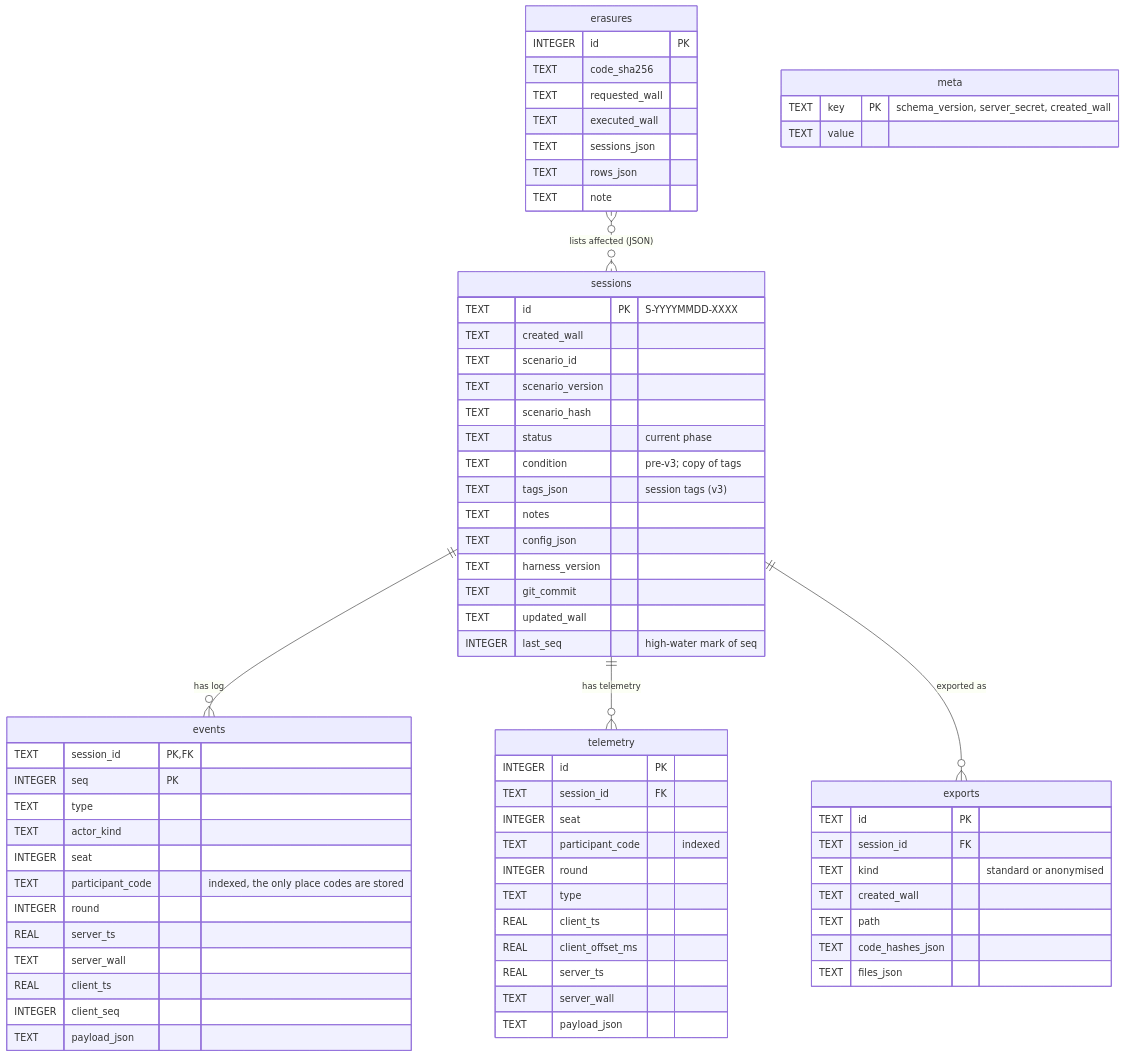
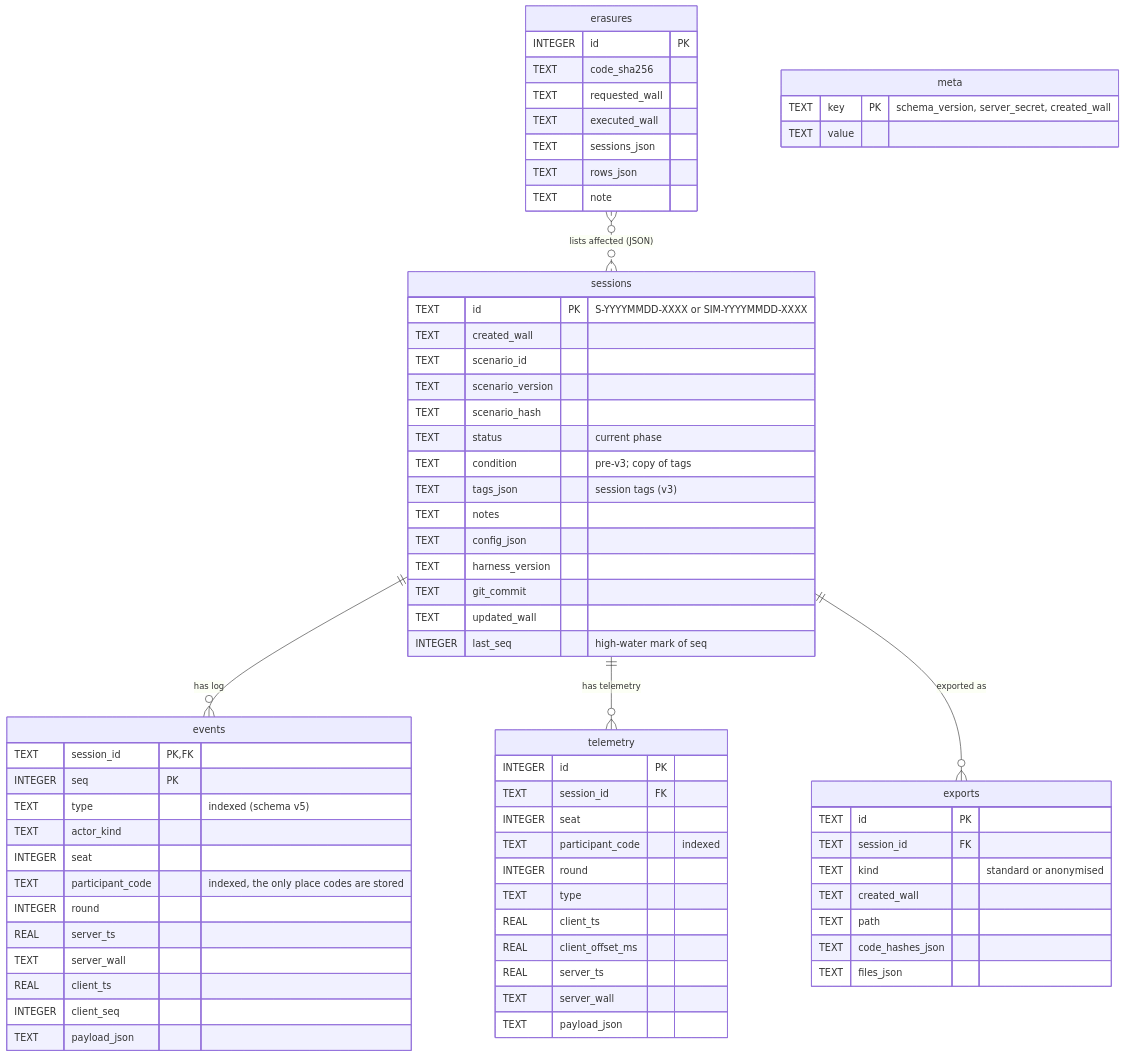
Before and after one commit to xy-zak/WhoKnowsWhoActs: the first of 2 diagrams in docs/DATA-TYPES.md, drawn with Mermaid. The commit also changed other lines of this file and 6 other files, not shown here.

````diff
--- a/docs/DATA-TYPES.md
+++ b/docs/DATA-TYPES.md
@@ -58,72 +58,72 @@
 ```mermaid
 erDiagram
   sessions ||--o{ events : "has log"
   sessions ||--o{ telemetry : "has telemetry"
   sessions ||--o{ exports : "exported as"
   erasures }o..o{ sessions : "lists affected (JSON)"
   meta {
     TEXT key PK "schema_version, server_secret, created_wall"
     TEXT value
   }
   sessions {
-    TEXT id PK "S-YYYYMMDD-XXXX"
+    TEXT id PK "S-YYYYMMDD-XXXX or SIM-YYYYMMDD-XXXX"
     TEXT created_wall
     TEXT scenario_id
     TEXT scenario_version
     TEXT scenario_hash
     TEXT status "current phase"
     TEXT condition "pre-v3; copy of tags"
     TEXT tags_json "session tags (v3)"
     TEXT notes
     TEXT config_json
     TEXT harness_version
     TEXT git_commit
     TEXT updated_wall
     INTEGER last_seq "high-water mark of seq"
   }
   events {
     TEXT session_id PK, FK
     INTEGER seq PK
-    TEXT type
+    TEXT type "indexed (schema v5)"
     TEXT actor_kind
     INTEGER seat
     TEXT participant_code "indexed, the only place codes are stored"
     INTEGER round
     REAL server_ts
     TEXT server_wall
     REAL client_ts
     INTEGER client_seq
     TEXT payload_json
   }
   telemetry {
     INTEGER id PK
     TEXT session_id FK
     INTEGER seat
     TEXT participant_code "indexed"
     INTEGER round
     TEXT type
     REAL client_ts
     REAL client_offset_ms
     REAL server_ts
     TEXT server_wall
     TEXT payload_json
   }
   erasures {
     INTEGER id PK
     TEXT code_sha256
     TEXT requested_wall
     TEXT executed_wall
     TEXT sessions_json
     TEXT rows_json
     TEXT note
   }
   exports {
     TEXT id PK
     TEXT session_id FK
     TEXT kind "standard or anonymised"
     TEXT created_wall
     TEXT path
     TEXT code_hashes_json
     TEXT files_json
   }
 ```
````
